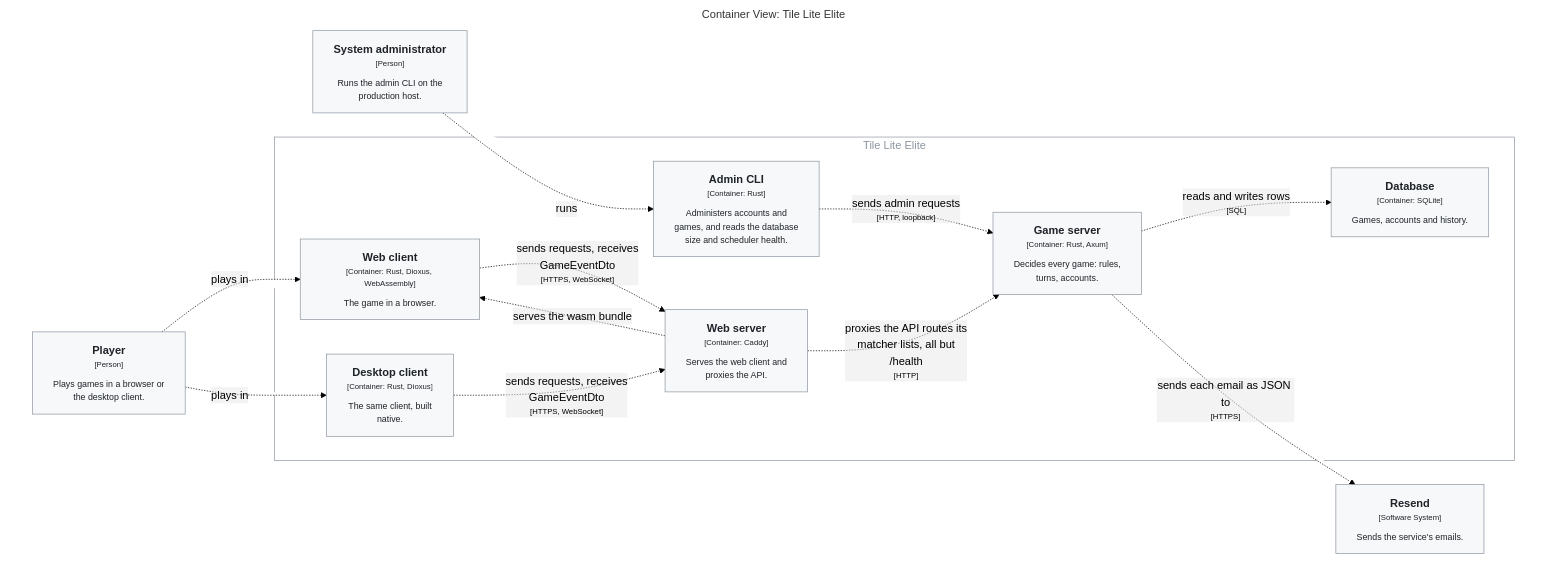
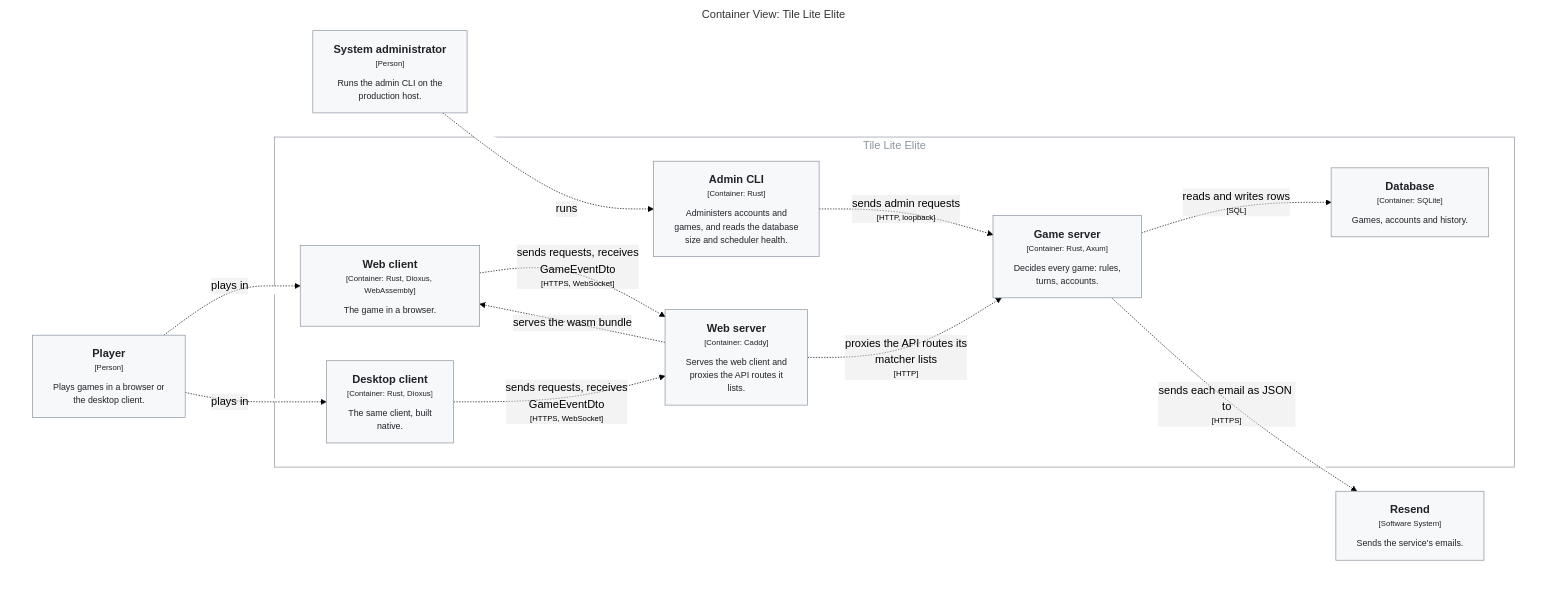
The first of 5 diagrams in docs/4.2.0-design-map.md (delphside/tile-lite-elite), drawn with Mermaid (forest theme) before and after one commit. The commit also changed other lines of this file and 2 other files, not shown here.

Commit message:
app 0.9.2 api 2.16: design map, the fourth truth review's minor fixes (Refs #406)
The fourth round found nothing material. 4.1.2's move sequence now has the
game model revalidate and apply each move, and the engine turn follow the
player's move rather than replace it; the Caddy label no longer implies
/health is not proxied.

Refs #71

Claude-Session: https://claude.ai/code/session_013RrHRzWMEwTePZNqMB1VMr

````diff
--- a/docs/4.2.0-design-map.md
+++ b/docs/4.2.0-design-map.md
@@ -12,44 +12,44 @@
 ```mermaid
 graph TB
   linkStyle default fill:#ffffff
 
   subgraph diagram ["Container View: Tile Lite Elite"]
     style diagram fill:#ffffff,stroke:#ffffff
 
     1["<div style='font-weight: bold'>Player</div><div style='font-size: 70%; margin-top: 0px'>[Person]</div><div style='font-size: 80%; margin-top:10px'>Plays games in a browser or<br />the desktop client.</div>"]
     style 1 fill:#f6f8fa,stroke:#8c959f,color:#1f2328
     2["<div style='font-weight: bold'>System administrator</div><div style='font-size: 70%; margin-top: 0px'>[Person]</div><div style='font-size: 80%; margin-top:10px'>Runs the admin CLI on the<br />production host.</div>"]
     style 2 fill:#f6f8fa,stroke:#8c959f,color:#1f2328
     3["<div style='font-weight: bold'>Resend</div><div style='font-size: 70%; margin-top: 0px'>[Software System]</div><div style='font-size: 80%; margin-top:10px'>Sends the service's emails.</div>"]
     style 3 fill:#f6f8fa,stroke:#8c959f,color:#1f2328
 
     subgraph 4 ["Tile Lite Elite"]
       style 4 fill:#ffffff,stroke:#8c959f,color:#8c959f
 
       27["<div style='font-weight: bold'>Database</div><div style='font-size: 70%; margin-top: 0px'>[Container: SQLite]</div><div style='font-size: 80%; margin-top:10px'>Games, accounts and history.</div>"]
       style 27 fill:#f6f8fa,stroke:#8c959f,color:#1f2328
       5["<div style='font-weight: bold'>Web client</div><div style='font-size: 70%; margin-top: 0px'>[Container: Rust, Dioxus, WebAssembly]</div><div style='font-size: 80%; margin-top:10px'>The game in a browser.</div>"]
       style 5 fill:#f6f8fa,stroke:#8c959f,color:#1f2328
       6["<div style='font-weight: bold'>Desktop client</div><div style='font-size: 70%; margin-top: 0px'>[Container: Rust, Dioxus]</div><div style='font-size: 80%; margin-top:10px'>The same client, built<br />native.</div>"]
       style 6 fill:#f6f8fa,stroke:#8c959f,color:#1f2328
-      7["<div style='font-weight: bold'>Web server</div><div style='font-size: 70%; margin-top: 0px'>[Container: Caddy]</div><div style='font-size: 80%; margin-top:10px'>Serves the web client and<br />proxies the API.</div>"]
+      7["<div style='font-weight: bold'>Web server</div><div style='font-size: 70%; margin-top: 0px'>[Container: Caddy]</div><div style='font-size: 80%; margin-top:10px'>Serves the web client and<br />proxies the API routes it<br />lists.</div>"]
       style 7 fill:#f6f8fa,stroke:#8c959f,color:#1f2328
       8["<div style='font-weight: bold'>Admin CLI</div><div style='font-size: 70%; margin-top: 0px'>[Container: Rust]</div><div style='font-size: 80%; margin-top:10px'>Administers accounts and<br />games, and reads the database<br />size and scheduler health.</div>"]
       style 8 fill:#f6f8fa,stroke:#8c959f,color:#1f2328
       9["<div style='font-weight: bold'>Game server</div><div style='font-size: 70%; margin-top: 0px'>[Container: Rust, Axum]</div><div style='font-size: 80%; margin-top:10px'>Decides every game: rules,<br />turns, accounts.</div>"]
       style 9 fill:#f6f8fa,stroke:#8c959f,color:#1f2328
     end
 
     1-. "<div>plays in</div><div style='font-size: 70%'></div>" .->5
     1-. "<div>plays in</div><div style='font-size: 70%'></div>" .->6
     2-. "<div>runs</div><div style='font-size: 70%'></div>" .->8
     7-. "<div>serves the wasm bundle</div><div style='font-size: 70%'></div>" .->5
     5-. "<div>sends requests, receives<br />GameEventDto</div><div style='font-size: 70%'>[HTTPS, WebSocket]</div>" .->7
     6-. "<div>sends requests, receives<br />GameEventDto</div><div style='font-size: 70%'>[HTTPS, WebSocket]</div>" .->7
-    7-. "<div>proxies the API routes its<br />matcher lists, all but<br />/health</div><div style='font-size: 70%'>[HTTP]</div>" .->9
+    7-. "<div>proxies the API routes its<br />matcher lists</div><div style='font-size: 70%'>[HTTP]</div>" .->9
     8-. "<div>sends admin requests</div><div style='font-size: 70%'>[HTTP, loopback]</div>" .->9
     9-. "<div>reads and writes rows</div><div style='font-size: 70%'>[SQL]</div>" .->27
     9-. "<div>sends each email as JSON to</div><div style='font-size: 70%'>[HTTPS]</div>" .->3
 
   end
 ```
````
